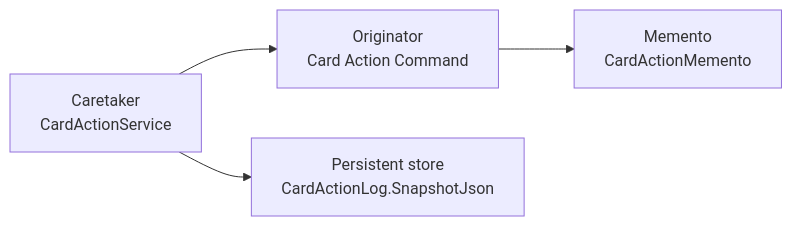
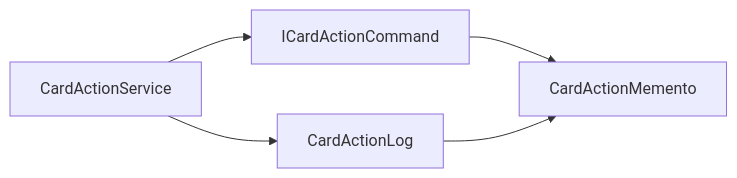
Before and after one commit to duchuyn04/LTWNC-English: the second of 2 diagrams in README.md, drawn with Mermaid. The commit also changed other lines of this file and 8 other files, not shown here.

````diff
--- a/README.md
+++ b/README.md
@@ -81,6 +121,7 @@
 ```mermaid
 flowchart LR
-    Caretaker["Caretaker<br/>CardActionService"] --> Originator["Originator<br/>Card Action Command"]
-    Originator --> Memento["Memento<br/>CardActionMemento"]
-    Caretaker --> Store["Persistent store<br/>CardActionLog.SnapshotJson"]
+    Service[CardActionService] --> Command[ICardActionCommand]
+    Command --> Memento[CardActionMemento]
+    Service --> Log[CardActionLog]
+    Log --> Memento
 ```
````
